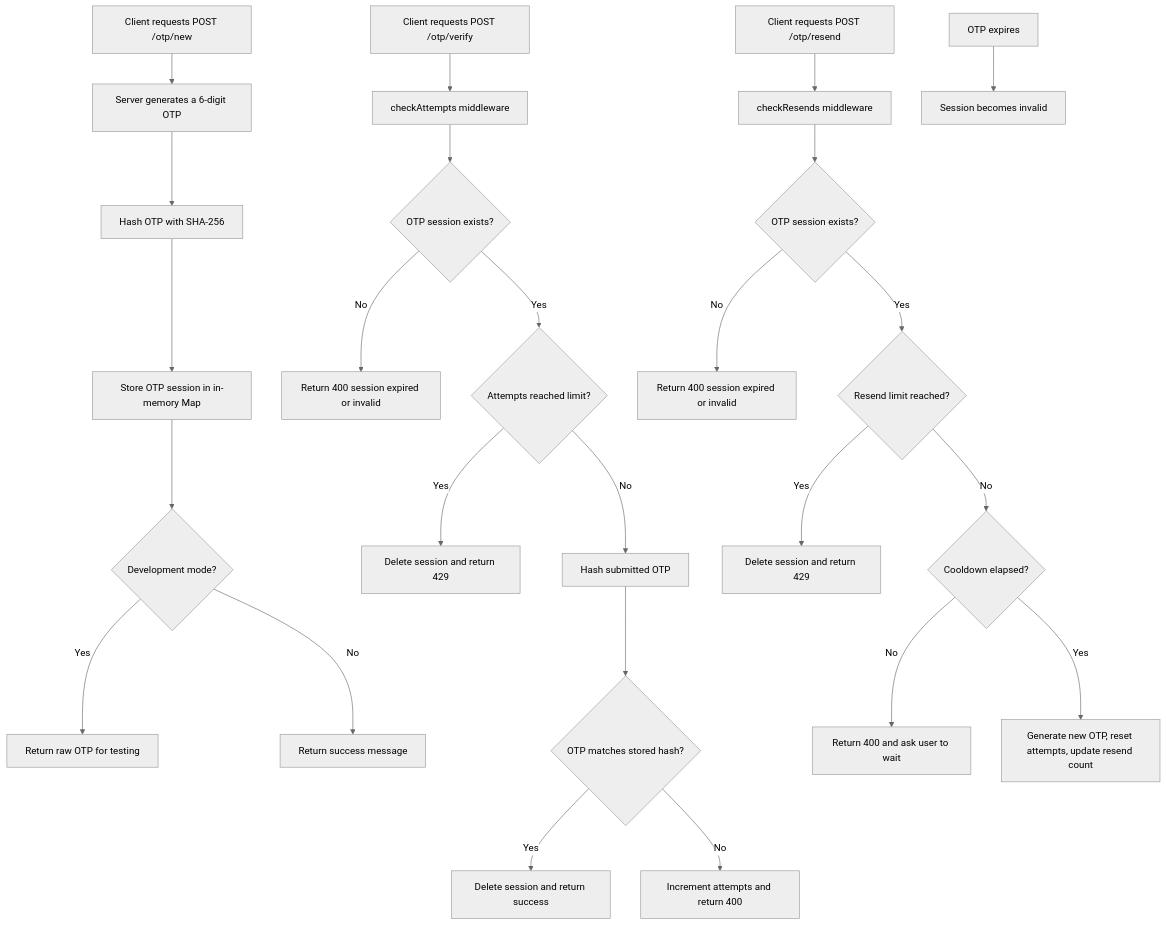
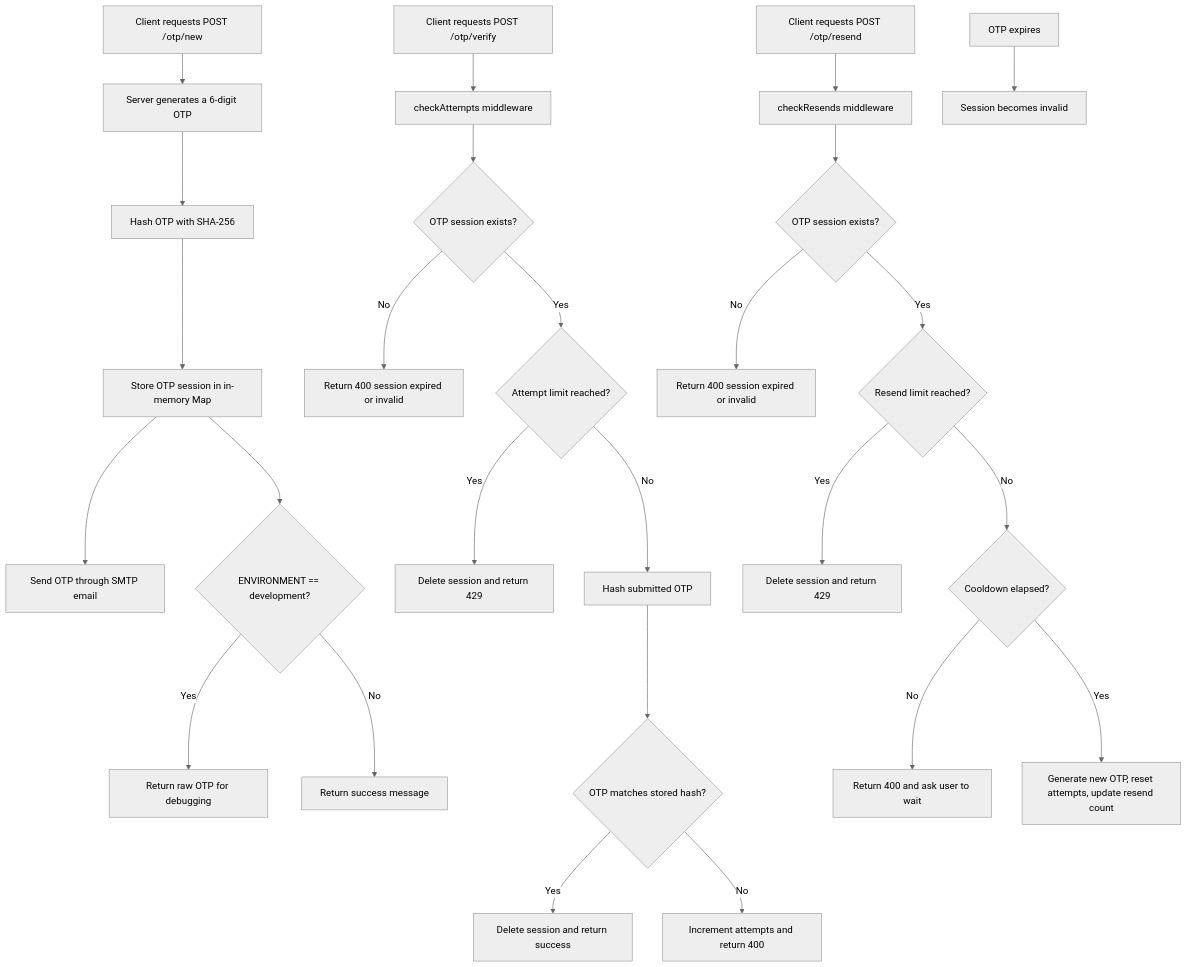
The first of 2 diagrams in README.md (yashdeepsingh2006/OTP-Authentication), drawn with Mermaid (neutral theme) before and after one commit. The commit also changed other lines of this file and 5 other files, not shown here.

````diff
--- a/README.md
+++ b/README.md
@@ -50,30 +53,31 @@
 ```mermaid
 flowchart TD
     A[Client requests POST /otp/new] --> B[Server generates a 6-digit OTP]
     B --> C[Hash OTP with SHA-256]
     C --> D[Store OTP session in in-memory Map]
-    D --> E{Development mode?}
-    E -- Yes --> F[Return raw OTP for testing]
-    E -- No --> G[Return success message]
+    D --> E[Send OTP through SMTP email]
+    D --> F{ENVIRONMENT == development?}
+    F -- Yes --> G[Return raw OTP for debugging]
+    F -- No --> H[Return success message]
 
-    H[Client requests POST /otp/verify] --> I[checkAttempts middleware]
-    I --> J{OTP session exists?}
-    J -- No --> K[Return 400 session expired or invalid]
-    J -- Yes --> L{Attempts reached limit?}
-    L -- Yes --> M[Delete session and return 429]
-    L -- No --> N[Hash submitted OTP]
-    N --> O{OTP matches stored hash?}
-    O -- Yes --> P[Delete session and return success]
-    O -- No --> Q[Increment attempts and return 400]
+    I[Client requests POST /otp/verify] --> J[checkAttempts middleware]
+    J --> K{OTP session exists?}
+    K -- No --> L[Return 400 session expired or invalid]
+    K -- Yes --> M{Attempt limit reached?}
+    M -- Yes --> N[Delete session and return 429]
+    M -- No --> O[Hash submitted OTP]
+    O --> P{OTP matches stored hash?}
+    P -- Yes --> Q[Delete session and return success]
+    P -- No --> R[Increment attempts and return 400]
 
-    R[Client requests POST /otp/resend] --> S[checkResends middleware]
-    S --> T{OTP session exists?}
-    T -- No --> U[Return 400 session expired or invalid]
-    T -- Yes --> V{Resend limit reached?}
-    V -- Yes --> W[Delete session and return 429]
-    V -- No --> X{Cooldown elapsed?}
-    X -- No --> Y[Return 400 and ask user to wait]
-    X -- Yes --> Z[Generate new OTP, reset attempts, update resend count]
+    S[Client requests POST /otp/resend] --> T[checkResends middleware]
+    T --> U{OTP session exists?}
+    U -- No --> V[Return 400 session expired or invalid]
+    U -- Yes --> W{Resend limit reached?}
+    W -- Yes --> X[Delete session and return 429]
+    W -- No --> Y{Cooldown elapsed?}
+    Y -- No --> Z[Return 400 and ask user to wait]
+    Y -- Yes --> AA[Generate new OTP, reset attempts, update resend count]
 
-    AA[OTP expires] --> AB[Session becomes invalid]
+    AB[OTP expires] --> AC[Session becomes invalid]
 ```
````
